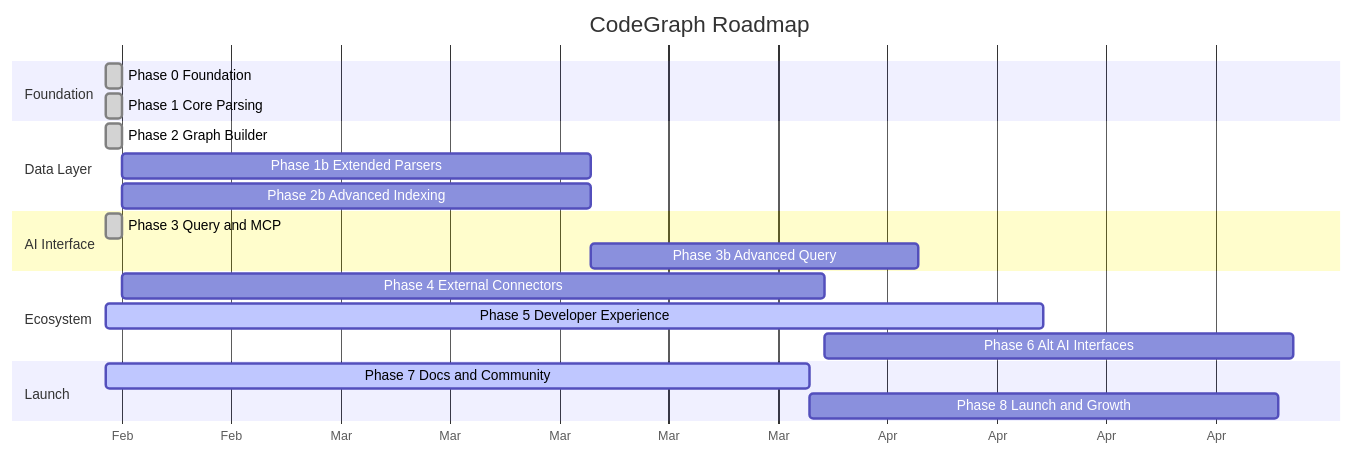
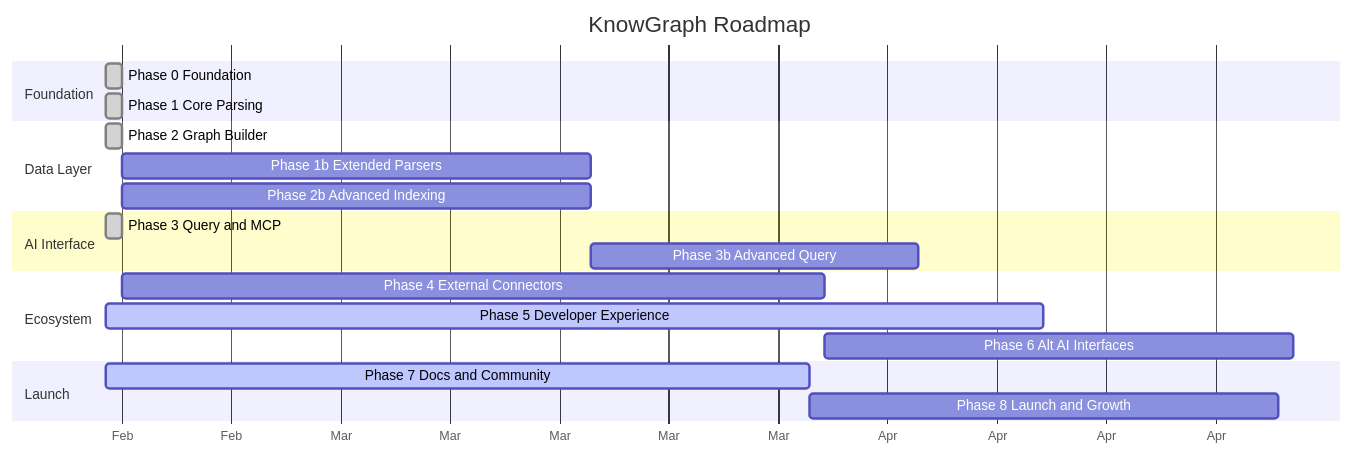
Before and after one commit to idosams/know-know: diagram 12 of 12 in docs/README.md, drawn with Mermaid. The commit also changed other lines of this file and 107 other files, not shown here.

````diff
--- a/docs/README.md
+++ b/docs/README.md
@@ -793,28 +793,28 @@
 ```mermaid
 gantt
-    title CodeGraph Roadmap
+    title KnowGraph Roadmap
     dateFormat YYYY-MM-DD
     axisFormat %b
 
     section Foundation
     Phase 0 Foundation           :done, p0, 2026-02-14, 1d
     Phase 1 Core Parsing         :done, p1, 2026-02-14, 1d
 
     section Data Layer
     Phase 2 Graph Builder        :done, p2, 2026-02-14, 1d
     Phase 1b Extended Parsers    :p1b, after p1, 30d
     Phase 2b Advanced Indexing   :p2b, after p2, 30d
 
     section AI Interface
     Phase 3 Query and MCP        :done, p3, 2026-02-14, 1d
     Phase 3b Advanced Query      :p3b, after p2b, 21d
 
     section Ecosystem
     Phase 4 External Connectors  :p4, after p3, 45d
     Phase 5 Developer Experience :active, p5, 2026-02-14, 60d
     Phase 6 Alt AI Interfaces    :p6, after p4, 30d
 
     section Launch
     Phase 7 Docs and Community   :active, p7, 2026-02-14, 45d
     Phase 8 Launch and Growth    :p8, after p7, 30d
 ```
````
